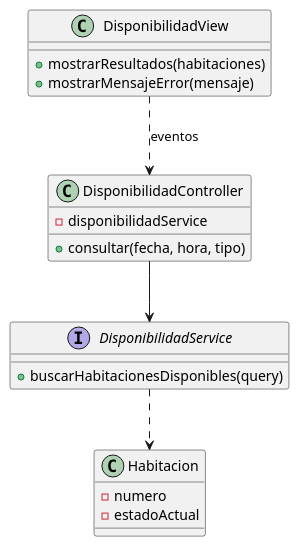
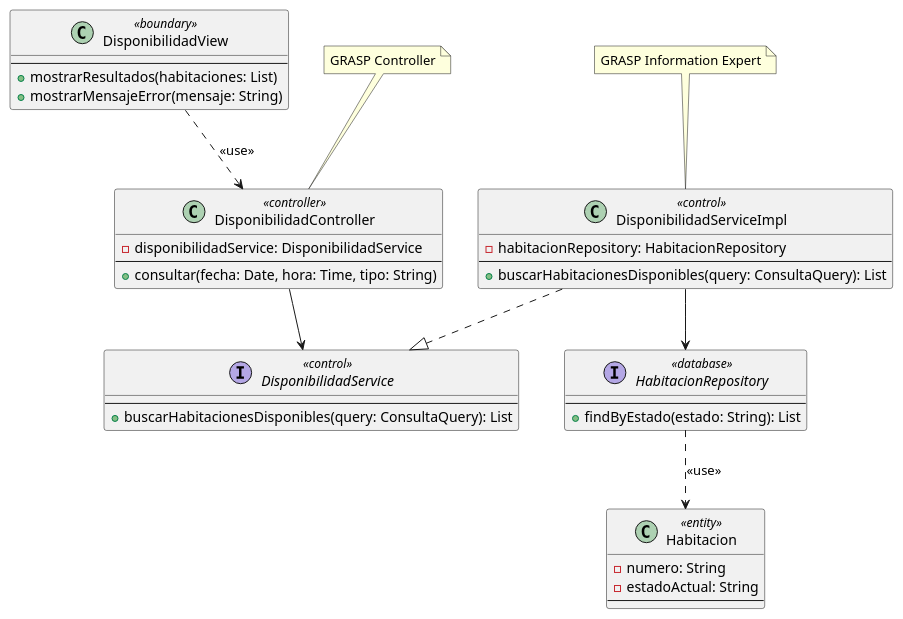
One commit to Tsmrain/GestionSistemas changed the second of 36 diagrams in RefactorV4.md. Above: the diagram before and after it, drawn with PlantUML. The commit also changed other lines of this file and 1 other file, not shown here.

Commit message:
refactor: enhance UML diagrams with GRASP stereotypes, layer annotations, and updated sequence interactions.

````diff
--- a/RefactorV4.md
+++ b/RefactorV4.md
@@ -368,22 +369,39 @@
 ```plantuml
 @startuml
-class DisponibilidadView {
-  +mostrarResultados(habitaciones)
-  +mostrarMensajeError(mensaje)
+class DisponibilidadView <<boundary>> {
+  --
+  +mostrarResultados(habitaciones: List)
+  +mostrarMensajeError(mensaje: String)
 }
-class DisponibilidadController {
-  -disponibilidadService
-  +consultar(fecha, hora, tipo)
+class DisponibilidadController <<controller>> {
+  -disponibilidadService: DisponibilidadService
+  --
+  +consultar(fecha: Date, hora: Time, tipo: String)
 }
-interface DisponibilidadService {
-  +buscarHabitacionesDisponibles(query)
+interface DisponibilidadService <<control>> {
+  --
+  +buscarHabitacionesDisponibles(query: ConsultaQuery): List
 }
-class Habitacion {
-  -numero
-  -estadoActual
+class DisponibilidadServiceImpl <<control>> {
+  -habitacionRepository: HabitacionRepository
+  --
+  +buscarHabitacionesDisponibles(query: ConsultaQuery): List
 }
-DisponibilidadView ..> DisponibilidadController : eventos
+class Habitacion <<entity>> {
+  -numero: String
+  -estadoActual: String
+  --
+}
+interface HabitacionRepository <<database>> {
+  --
+  +findByEstado(estado: String): List
+}
+DisponibilidadView ..> DisponibilidadController : <<use>>
 DisponibilidadController --> DisponibilidadService
-DisponibilidadService ..> Habitacion
+DisponibilidadServiceImpl ..|> DisponibilidadService
+DisponibilidadServiceImpl --> HabitacionRepository
+HabitacionRepository ..> Habitacion : <<use>>
+note top of DisponibilidadController : GRASP Controller
+note top of DisponibilidadServiceImpl : GRASP Information Expert
 @enduml
 ```
````
